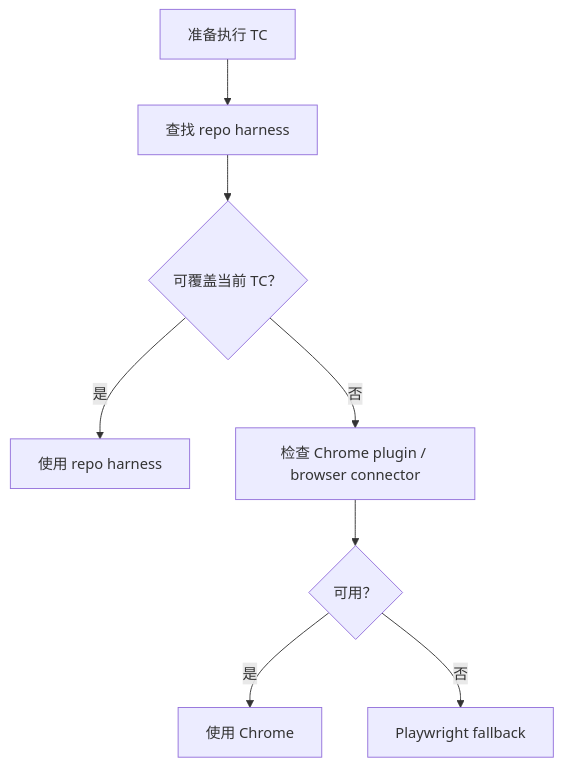
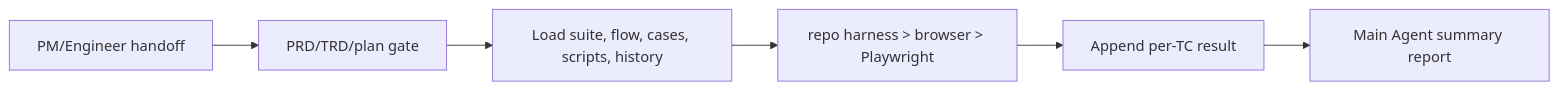
One commit to Neplich/dev-agent-skills changed the diagram in docs/engineer/agents/qa-agent/e2e-case-memory/TRD.md. Above: the diagram before and after it, drawn with Mermaid. The commit also changed other lines of this file and 442 other files, not shown here.

````diff
--- a/docs/engineer/agents/qa-agent/e2e-case-memory/TRD.md
+++ b/docs/engineer/agents/qa-agent/e2e-case-memory/TRD.md
@@ -309,10 +59,8 @@
 ```mermaid
-flowchart TD
-    Start["准备执行 TC"] --> Harness["查找 repo harness"]
-    Harness --> HOK{"可覆盖当前 TC？"}
-    HOK -->|是| UseHarness["使用 repo harness"]
-    HOK -->|否| Chrome["检查 Chrome plugin / browser connector"]
-    Chrome --> COK{"可用？"}
-    COK -->|是| UseChrome["使用 Chrome"]
-    COK -->|否| UsePW["Playwright fallback"]
+flowchart LR
+    H["PM/Engineer handoff"] --> G["PRD/TRD/plan gate"]
+    G --> M["Load suite, flow, cases, scripts, history"]
+    M --> E["repo harness > browser > Playwright"]
+    E --> R["Append per-TC result"]
+    R --> S["Main Agent summary report"]
 ```
````
